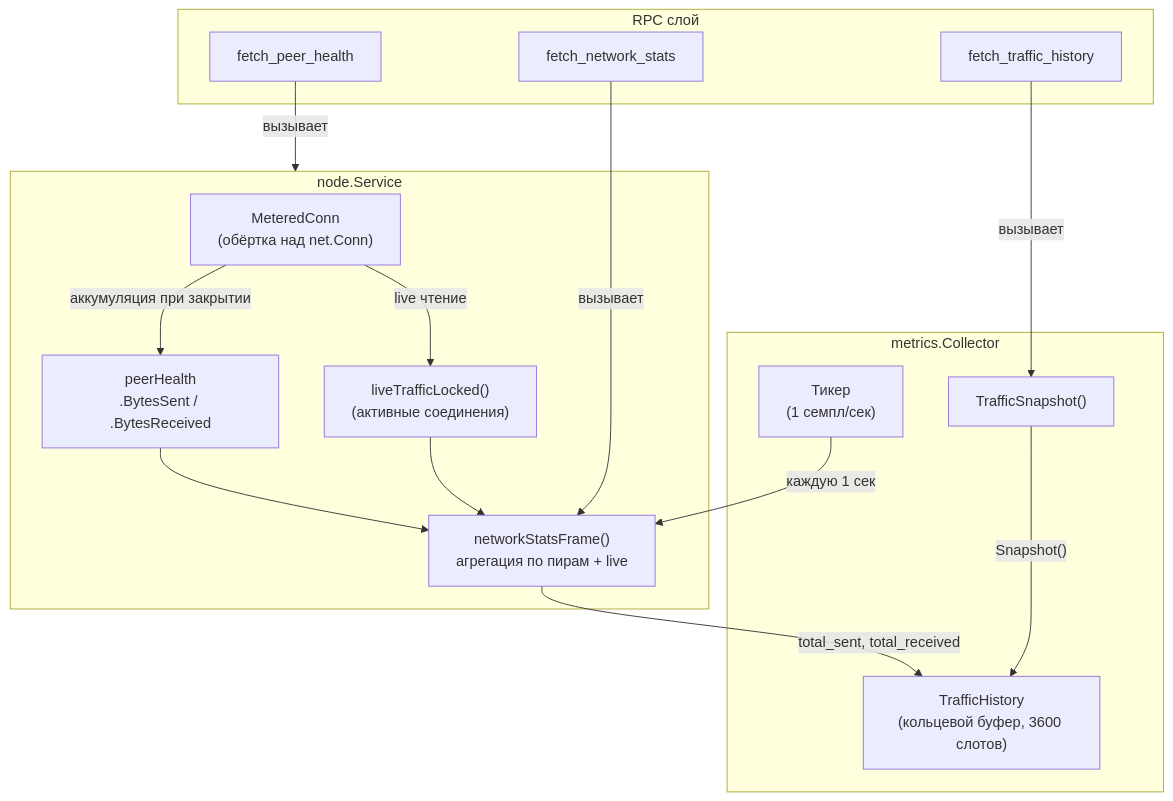
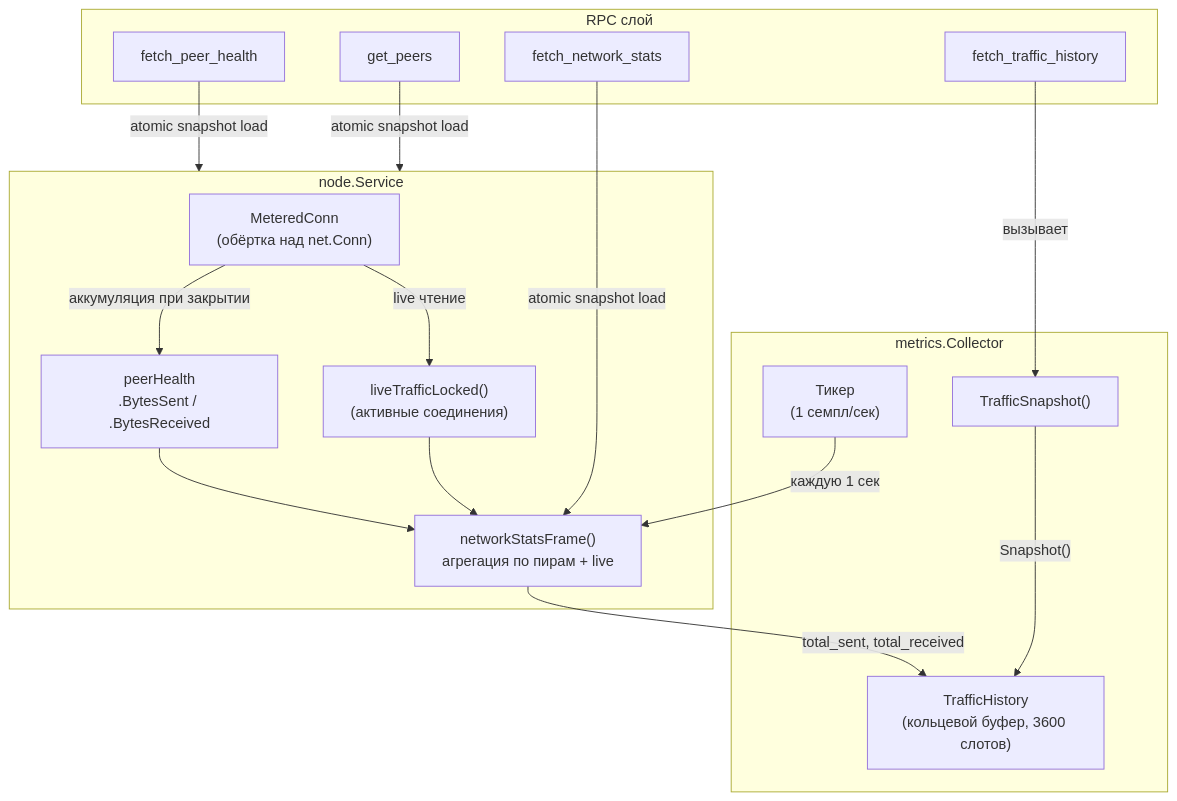
Before and after one commit to piratecash/corsa: the second of 2 diagrams in docs/metrics.md, drawn with Mermaid. The commit also changed other lines of this file and 20 other files, not shown here.

Commit message:
fix(node): decouple hot RPC reads from s.mu/cm.mu via primed atomic snapshots

````diff
--- a/docs/metrics.md
+++ b/docs/metrics.md
@@ -109,32 +113,34 @@
 ```mermaid
 graph TB
     subgraph Node["node.Service"]
         MC["MeteredConn<br/>(обёртка над net.Conn)"]
         PH["peerHealth<br/>.BytesSent / .BytesReceived"]
         LT["liveTrafficLocked()<br/>(активные соединения)"]
         NSF["networkStatsFrame()<br/>агрегация по пирам + live"]
         MC -->|"аккумуляция при закрытии"| PH
         MC -->|"live чтение"| LT
         PH --> NSF
         LT --> NSF
     end
 
     subgraph Metrics["metrics.Collector"]
         TH["TrafficHistory<br/>(кольцевой буфер, 3600 слотов)"]
         TICK["Тикер<br/>(1 семпл/сек)"]
         SNAP["TrafficSnapshot()"]
     end
 
     subgraph RPC["RPC слой"]
         CMD["fetch_traffic_history"]
         CMD_NS["fetch_network_stats"]
         CMD_PH["fetch_peer_health"]
+        CMD_GP["get_peers"]
     end
 
     TICK -->|"каждую 1 сек"| NSF
     NSF -->|"total_sent, total_received"| TH
     SNAP -->|"Snapshot()"| TH
     CMD -->|"вызывает"| SNAP
-    CMD_NS -->|"вызывает"| NSF
-    CMD_PH -->|"вызывает"| Node
+    CMD_NS -->|"atomic snapshot load"| NSF
+    CMD_PH -->|"atomic snapshot load"| Node
+    CMD_GP -->|"atomic snapshot load"| Node
 ```
````
